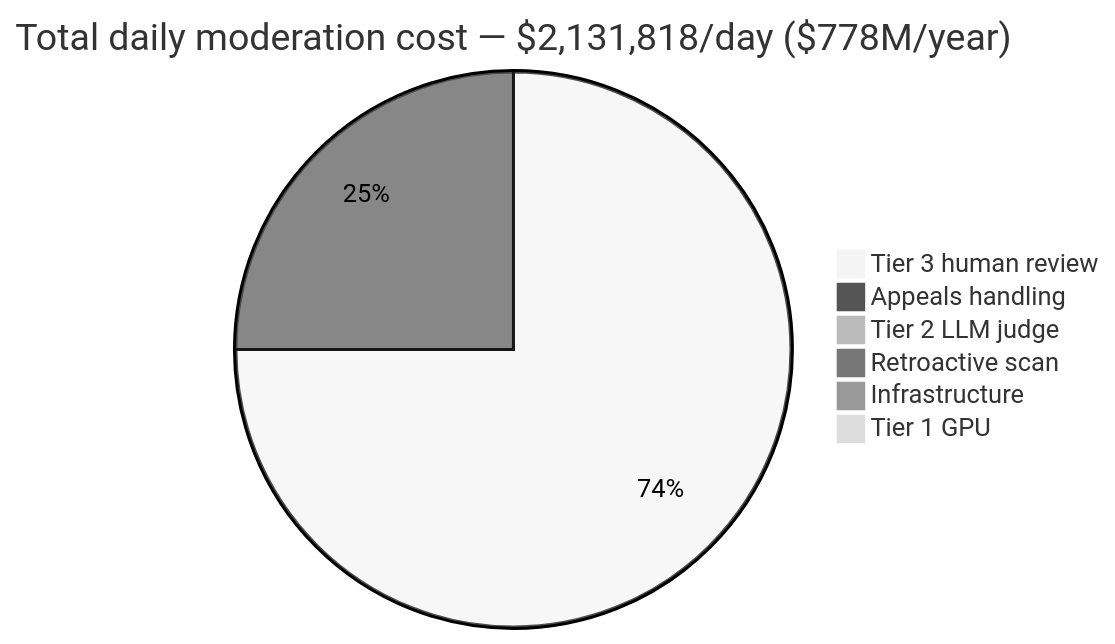
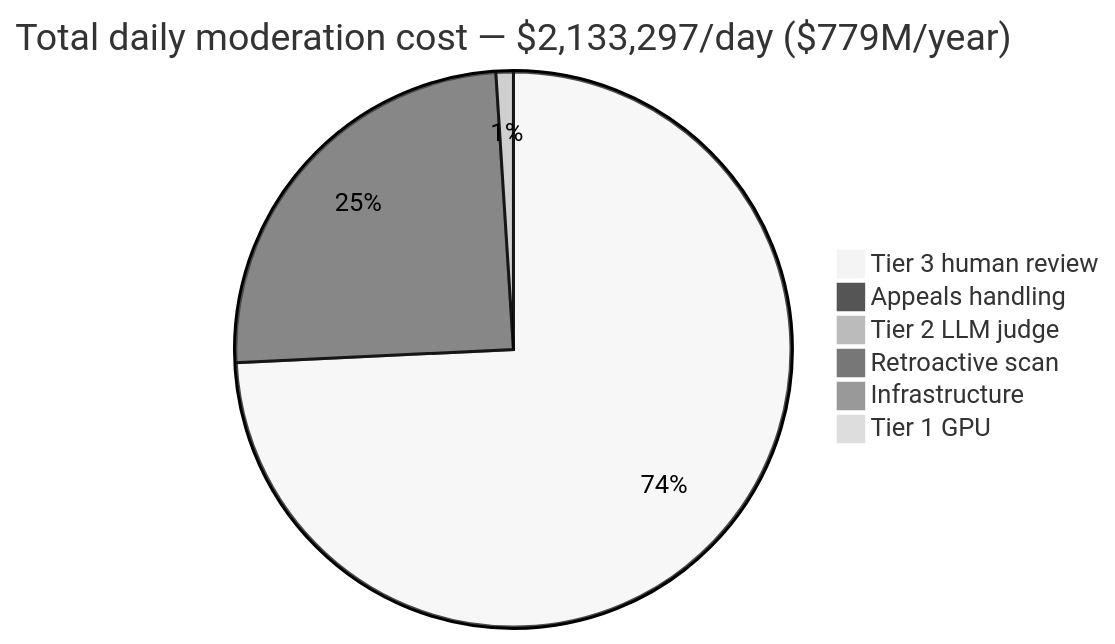
The second of 2 diagrams in src/main/java/com/rutik/systemdesign/llm/case_studies/design_ai_content_moderation.md (rppol/system-design), drawn with Mermaid (neutral theme) before and after one commit. The commit also changed other lines of this file and 113 other files, not shown here.

````diff
--- a/src/main/java/com/rutik/systemdesign/llm/case_studies/design_ai_content_moderation.md
+++ b/src/main/java/com/rutik/systemdesign/llm/case_studies/design_ai_content_moderation.md
@@ -1290,9 +1352,9 @@
 ```mermaid
-pie title Total daily moderation cost — $2,131,818/day ($778M/year)
+pie title Total daily moderation cost — $2,133,297/day ($779M/year)
     "Tier 3 human review" : 1575000
     "Appeals handling" : 525000
-    "Tier 2 LLM judge" : 19969
+    "Tier 2 LLM judge" : 21448
     "Retroactive scan" : 10000
     "Infrastructure" : 1815
     "Tier 1 GPU" : 34
 ```
````
